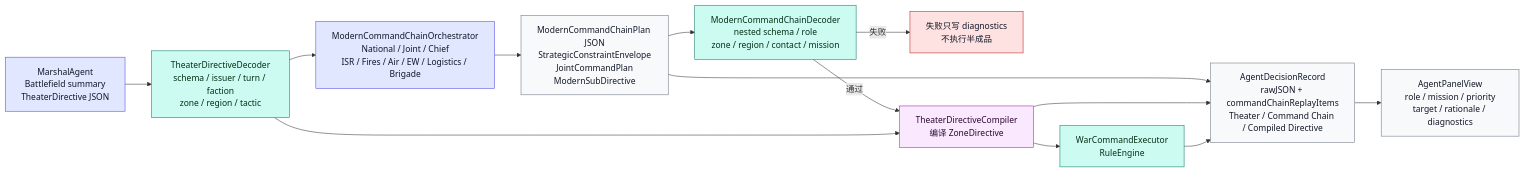
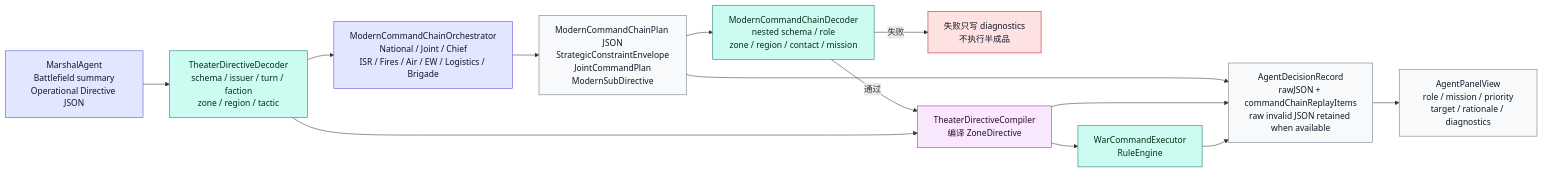
Before and after one commit to Altman-sam114/127: the eighth of 20 diagrams in md/flow/flowchart.md, drawn with Mermaid. The commit also changed other lines of this file and 43 other files, not shown here.

````diff
--- a/md/flow/flowchart.md
+++ b/md/flow/flowchart.md
@@ -230,29 +230,29 @@
 ```mermaid
 flowchart LR
-    MARSHAL["MarshalAgent<br/>Battlefield summary<br/>TheaterDirective JSON"]:::agent
+    MARSHAL["MarshalAgent<br/>Battlefield summary<br/>Operational Directive JSON"]:::agent
     TDEC["TheaterDirectiveDecoder<br/>schema / issuer / turn / faction<br/>zone / region / tactic"]:::rules
     ORCH["ModernCommandChainOrchestrator<br/>National / Joint / Chief<br/>ISR / Fires / Air / EW / Logistics / Brigade"]:::agent
     CJSON["ModernCommandChainPlan JSON<br/>StrategicConstraintEnvelope<br/>JointCommandPlan<br/>ModernSubDirective"]:::data
     CDEC["ModernCommandChainDecoder<br/>nested schema / role<br/>zone / region / contact / mission"]:::rules
     FAIL["失败只写 diagnostics<br/>不执行半成品"]:::stop
     COMP["TheaterDirectiveCompiler<br/>编译 ZoneDirective"]:::command
     EXEC["WarCommandExecutor<br/>RuleEngine"]:::rules
-    RECORD["AgentDecisionRecord<br/>rawJSON + commandChainReplayItems<br/>Theater / Command Chain / Compiled Directive"]:::display
+    RECORD["AgentDecisionRecord<br/>rawJSON + commandChainReplayItems<br/>raw invalid JSON retained when available"]:::display
     PANEL["AgentPanelView<br/>role / mission / priority<br/>target / rationale / diagnostics"]:::display
 
     MARSHAL --> TDEC --> ORCH --> CJSON --> CDEC
     CDEC -->|通过| COMP --> EXEC
     CDEC -->|失败| FAIL
     TDEC --> COMP
     CJSON --> RECORD
     COMP --> RECORD
     EXEC --> RECORD
     RECORD --> PANEL
 
     classDef agent fill:#e0e7ff,stroke:#4f46e5,color:#111827
     classDef data fill:#f8f9fb,stroke:#6b7280,color:#111827
     classDef rules fill:#ccfbf1,stroke:#0f766e,color:#052e16
     classDef command fill:#fae8ff,stroke:#a21caf,color:#2a0a2f
     classDef display fill:#f8f9fb,stroke:#6b7280,color:#111827
     classDef stop fill:#fee2e2,stroke:#b91c1c,color:#111827
 ```
````
